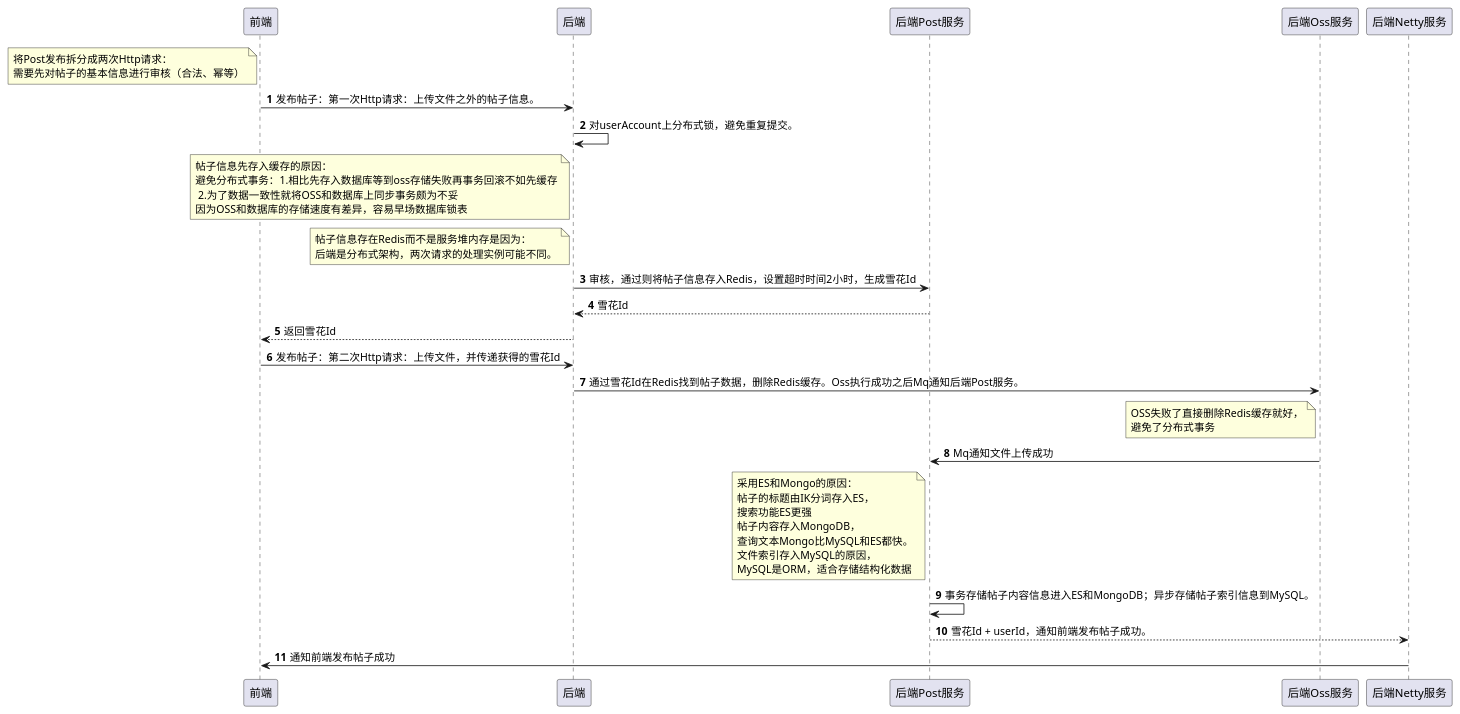
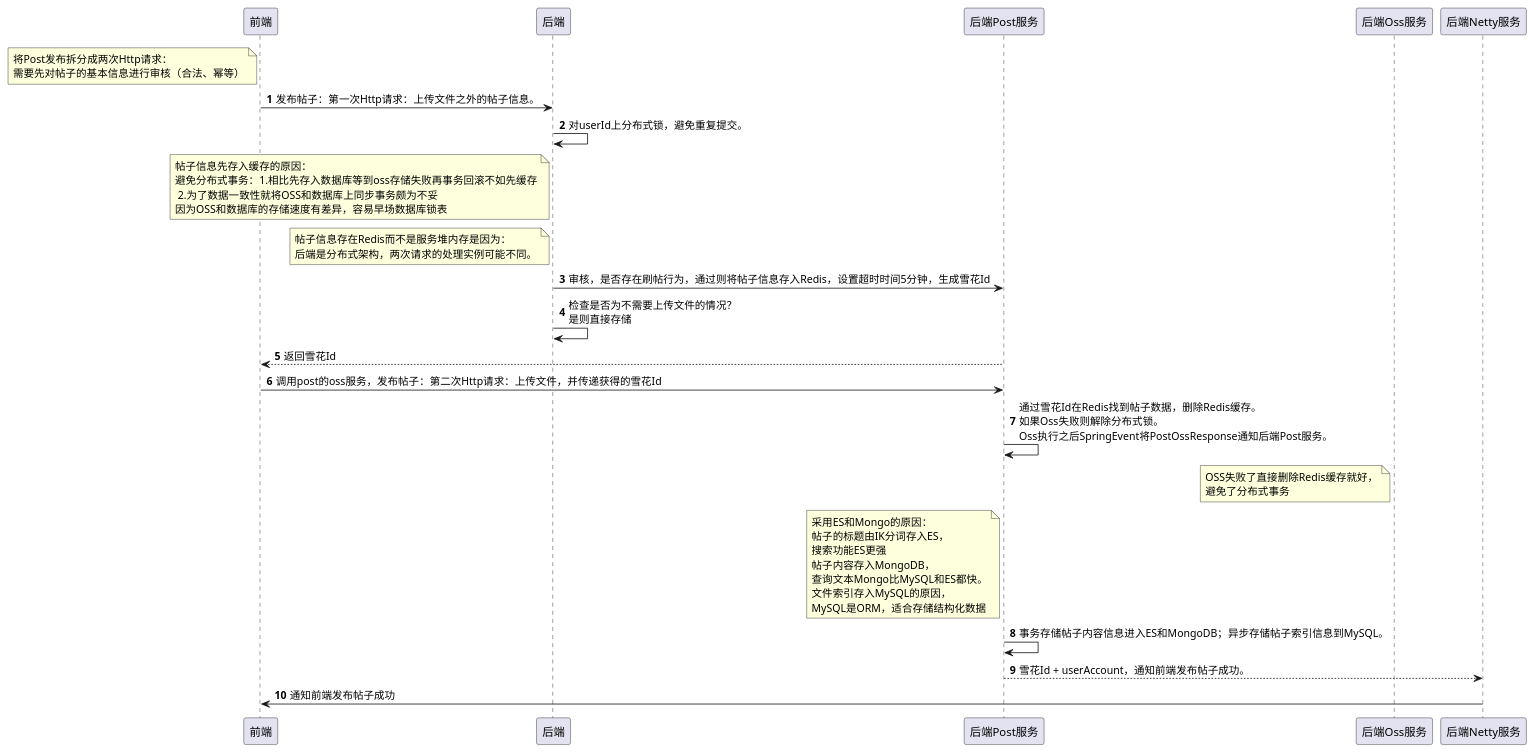
The diagram in spring-server/business/post-service/docs/发布帖子.puml (nangong918/SmartMedicine-App), drawn with PlantUML before and after one commit. The commit also changed 14 other files, not shown here.

```diff
--- a/spring-server/business/post-service/docs/发布帖子.puml
+++ b/spring-server/business/post-service/docs/发布帖子.puml
@@ -1,23 +1,22 @@
 @startuml
 'https://plantuml.com/sequence-diagram
 
 autonumber
 
 note left of 前端: 将Post发布拆分成两次Http请求：\n需要先对帖子的基本信息进行审核（合法、幂等）
 前端 -> 后端: 发布帖子：第一次Http请求：上传文件之外的帖子信息。
-后端 -> 后端: 对userAccount上分布式锁，避免重复提交。
+后端 -> 后端: 对userId上分布式锁，避免重复提交。
 note left of 后端: 帖子信息先存入缓存的原因：\n避免分布式事务：1.相比先存入数据库等到oss存储失败再事务回滚不如先缓存\n 2.为了数据一致性就将OSS和数据库上同步事务颇为不妥\n因为OSS和数据库的存储速度有差异，容易早场数据库锁表
 note left of 后端: 帖子信息存在Redis而不是服务堆内存是因为：\n后端是分布式架构，两次请求的处理实例可能不同。
-后端 -> 后端Post服务: 审核，通过则将帖子信息存入Redis，设置超时时间2小时，生成雪花Id
-后端Post服务 --> 后端: 雪花Id
-后端 --> 前端: 返回雪花Id
-前端 -> 后端: 发布帖子：第二次Http请求：上传文件，并传递获得的雪花Id
-后端 -> 后端Oss服务: 通过雪花Id在Redis找到帖子数据，删除Redis缓存。Oss执行成功之后Mq通知后端Post服务。
+后端 -> 后端Post服务: 审核，是否存在刷帖行为，通过则将帖子信息存入Redis，设置超时时间5分钟，生成雪花Id
+后端 -> 后端: 检查是否为不需要上传文件的情况？\n是则直接存储
+后端Post服务 --> 前端: 返回雪花Id
+前端 -> 后端Post服务: 调用post的oss服务，发布帖子：第二次Http请求：上传文件，并传递获得的雪花Id
+后端Post服务 -> 后端Post服务: 通过雪花Id在Redis找到帖子数据，删除Redis缓存。\n如果Oss失败则解除分布式锁。\nOss执行之后SpringEvent将PostOssResponse通知后端Post服务。
 note left of 后端Oss服务: OSS失败了直接删除Redis缓存就好，\n避免了分布式事务
-后端Oss服务 -> 后端Post服务: Mq通知文件上传成功
 note left of 后端Post服务: 采用ES和Mongo的原因：\n帖子的标题由IK分词存入ES，\n搜索功能ES更强\n帖子内容存入MongoDB，\n查询文本Mongo比MySQL和ES都快。\n文件索引存入MySQL的原因，\nMySQL是ORM，适合存储结构化数据
 后端Post服务 -> 后端Post服务: 事务存储帖子内容信息进入ES和MongoDB；异步存储帖子索引信息到MySQL。
-后端Post服务 --> 后端Netty服务: 雪花Id + userId，通知前端发布帖子成功。
+后端Post服务 --> 后端Netty服务: 雪花Id + userAccount，通知前端发布帖子成功。
 后端Netty服务 -> 前端: 通知前端发布帖子成功
 
 @enduml
```
